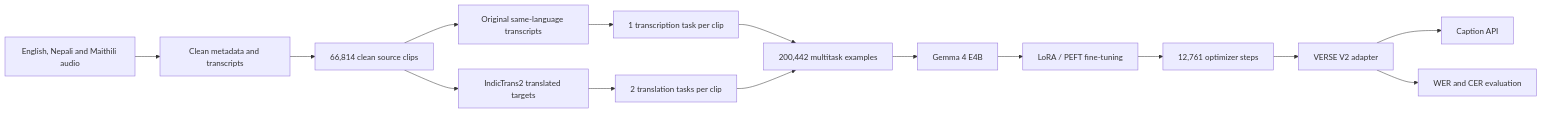
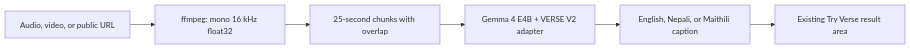
The diagram in README.md (AashishThakuri/-Gemma_Margadarshan_hackathon_Team_Northlight), drawn with Mermaid before and after one commit. The commit also changed other lines of this file and 1 other file, not shown here.

````diff
--- a/README.md
+++ b/README.md
@@ -118,17 +60,8 @@
 ```mermaid
 flowchart LR
-    A["English, Nepali and Maithili audio"] --> B["Clean metadata and transcripts"]
-    B --> C["66,814 clean source clips"]
-    C --> D["Original same-language transcripts"]
-    C --> E["IndicTrans2 translated targets"]
-    D --> F["1 transcription task per clip"]
-    E --> G["2 translation tasks per clip"]
-    F --> H["200,442 multitask examples"]
-    G --> H
-    H --> I["Gemma 4 E4B"]
-    I --> J["LoRA / PEFT fine-tuning"]
-    J --> K["12,761 optimizer steps"]
-    K --> L["VERSE V2 adapter"]
-    L --> M["Caption API"]
-    L --> N["WER and CER evaluation"]
+    A["Audio, video, or public URL"] --> B["ffmpeg: mono 16 kHz float32"]
+    B --> C["25-second chunks with overlap"]
+    C --> D["Gemma 4 E4B + VERSE V2 adapter"]
+    D --> E["English, Nepali, or Maithili caption"]
+    E --> F["Existing Try Verse result area"]
 ```
````
